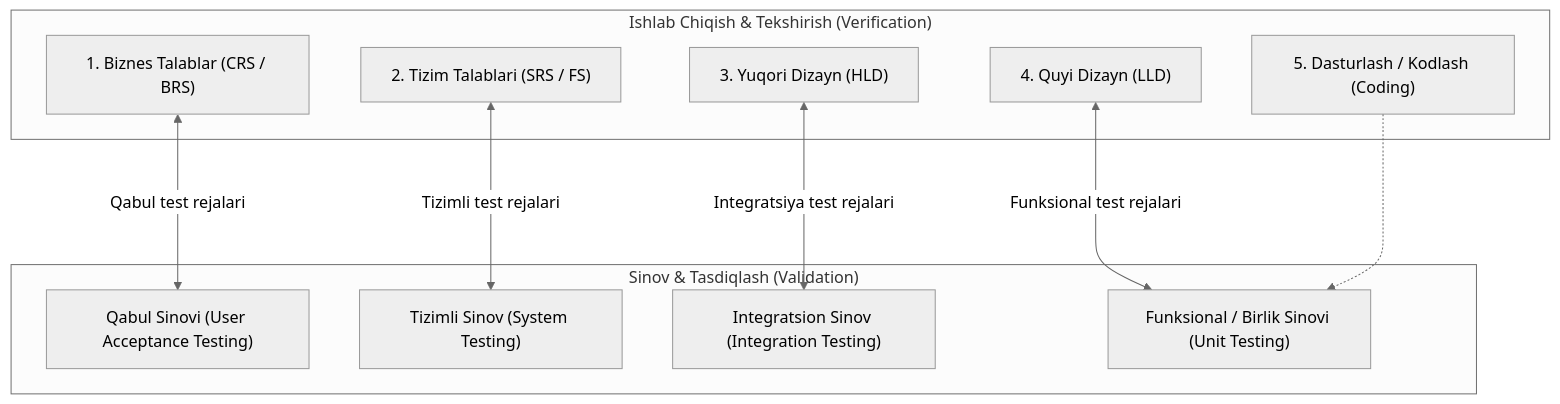
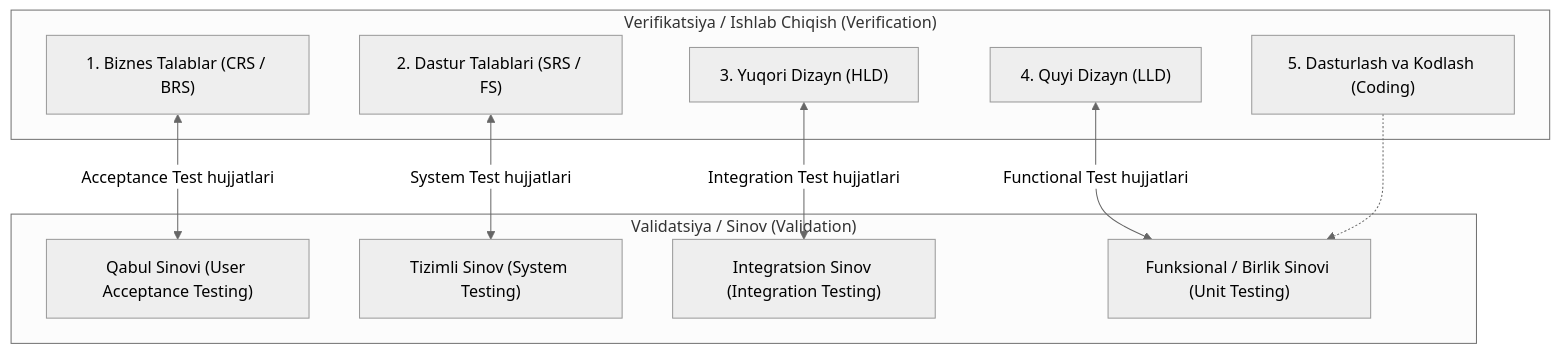
Before and after one commit to Ergashov15/qa-uzbekistan: the first of 2 diagrams in app/docs/sdlc-models/v-model/page.mdx, drawn with Mermaid (neutral theme). The commit also changed other lines of this file and 50 other files, not shown here.

````diff
--- a/app/docs/sdlc-models/v-model/page.mdx
+++ b/app/docs/sdlc-models/v-model/page.mdx
@@ -18,23 +21,23 @@
 ```mermaid
 flowchart TD
-    subgraph Verification["Ishlab Chiqish & Tekshirish (Verification)"]
+    subgraph Verification["Verifikatsiya / Ishlab Chiqish (Verification)"]
         CRS["1. Biznes Talablar (CRS / BRS)"]
-        SRS["2. Tizim Talablari (SRS / FS)"]
+        SRS["2. Dastur Talablari (SRS / FS)"]
         HLD["3. Yuqori Dizayn (HLD)"]
         LLD["4. Quyi Dizayn (LLD)"]
-        Coding["5. Dasturlash / Kodlash (Coding)"]
+        Coding["5. Dasturlash va Kodlash (Coding)"]
     end
 
-    subgraph Validation["Sinov & Tasdiqlash (Validation)"]
+    subgraph Validation["Validatsiya / Sinov (Validation)"]
         UAT["Qabul Sinovi (User Acceptance Testing)"]
         ST["Tizimli Sinov (System Testing)"]
         IT["Integratsion Sinov (Integration Testing)"]
         FT["Funksional / Birlik Sinovi (Unit Testing)"]
     end
 
-    CRS <--->|"Qabul test rejalari"| UAT
-    SRS <--->|"Tizimli test rejalari"| ST
-    HLD <--->|"Integratsiya test rejalari"| IT
-    LLD <--->|"Funksional test rejalari"| FT
+    CRS <-->|"Acceptance Test hujjatlari"| UAT
+    SRS <-->|"System Test hujjatlari"| ST
+    HLD <-->|"Integration Test hujjatlari"| IT
+    LLD <-->|"Functional Test hujjatlari"| FT
     Coding -.-> FT
 ```
````
